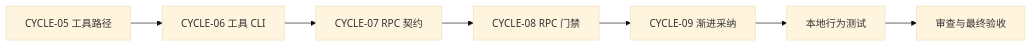
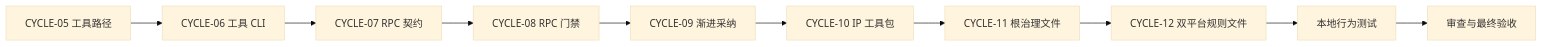
The first of 3 diagrams in doc/3-实施/2026-07-28_014412_代码位置目录规则V2_实施总览.md (luode0320/luode-skills), drawn with Mermaid (base theme) before and after one commit. The commit also changed other lines of this file and 1 other file, not shown here.

````diff
--- a/doc/3-实施/2026-07-28_014412_代码位置目录规则V2_实施总览.md
+++ b/doc/3-实施/2026-07-28_014412_代码位置目录规则V2_实施总览.md
@@ -91,9 +94,12 @@
 ```mermaid
 flowchart LR
     A[CYCLE-05 工具路径] --> B[CYCLE-06 工具 CLI]
     B --> C[CYCLE-07 RPC 契约]
     C --> D[CYCLE-08 RPC 门禁]
     D --> E[CYCLE-09 渐进采纳]
-    E --> F[本地行为测试]
-    F --> G[审查与最终验收]
+    E --> F[CYCLE-10 IP 工具包]
+    F --> G[CYCLE-11 根治理文件]
+    G --> H[CYCLE-12 双平台规则文件]
+    H --> I[本地行为测试]
+    I --> J[审查与最终验收]
 ```
````
